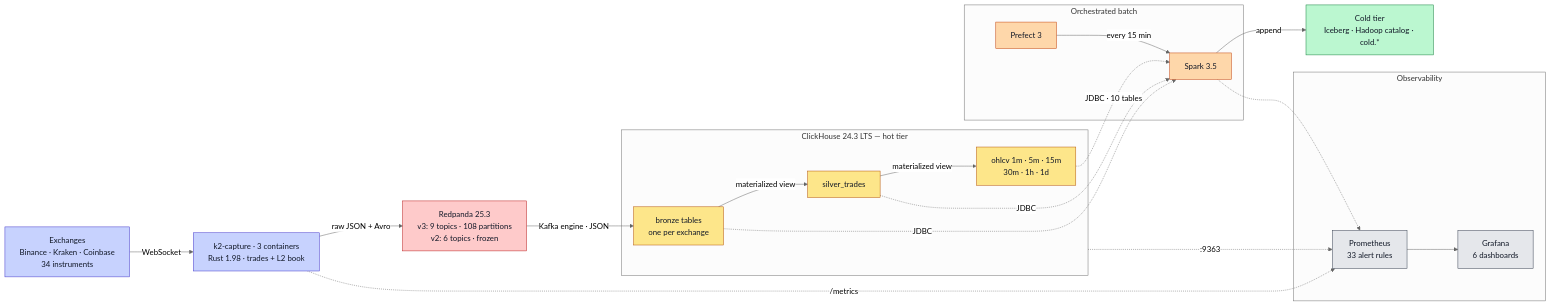
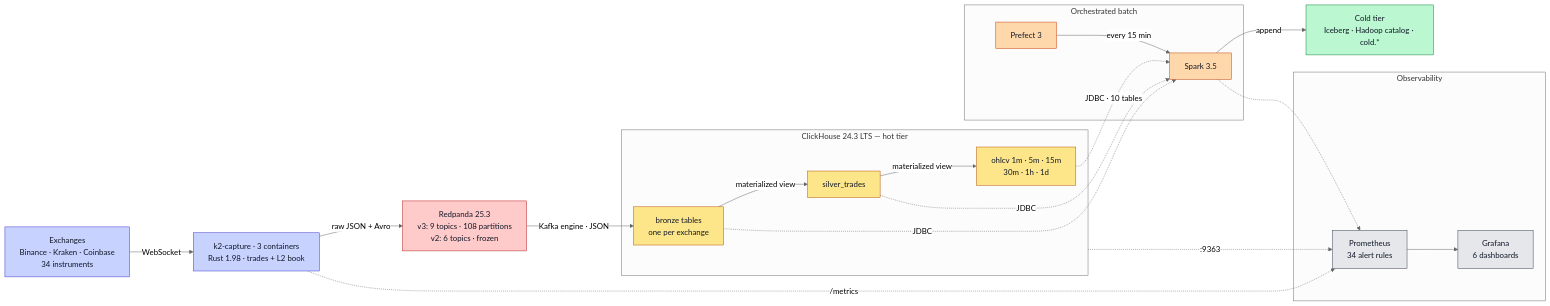
Before and after one commit to rjdscott/k2-market-data-platform: the first of 2 diagrams in README.md, drawn with Mermaid (neutral theme). The commit also changed other lines of this file and 11 other files, not shown here.

````diff
--- a/README.md
+++ b/README.md
@@ -35,42 +35,42 @@
 ```mermaid
 flowchart LR
   E["Exchanges<br/>Binance · Kraken · Coinbase<br/>34 instruments"]:::kt
   F["k2-capture · 3 containers<br/>Rust 1.98 · trades + L2 book"]:::kt
   R["Redpanda 25.3<br/>v3: 9 topics · 108 partitions<br/>v2: 6 topics · frozen"]:::rp
   subgraph CH["ClickHouse 24.3 LTS — hot tier"]
     B["bronze tables<br/>one per exchange"]:::ch
     S["silver_trades"]:::ch
     G["ohlcv 1m · 5m · 15m<br/>30m · 1h · 1d"]:::ch
   end
   subgraph BATCH["Orchestrated batch"]
     P["Prefect 3"]:::sp
     K["Spark 3.5"]:::sp
   end
   I["Cold tier<br/>Iceberg · Hadoop catalog · cold.*"]:::st
   subgraph OBS["Observability"]
-    M["Prometheus<br/>33 alert rules"]:::ob
+    M["Prometheus<br/>34 alert rules"]:::ob
     D["Grafana<br/>6 dashboards"]:::ob
   end
 
   E -->|WebSocket| F
   F -->|"raw JSON + Avro"| R
   R -->|"Kafka engine · JSON"| B
   B -->|materialized view| S
   S -->|materialized view| G
   P -->|every 15 min| K
   B -.->|JDBC| K
   S -.->|JDBC| K
   G -.->|"JDBC · 10 tables"| K
   K -->|append| I
   F -.->|/metrics| M
   CH -.->|:9363| M
   K -.-> M
   M --> D
 
   classDef kt fill:#c7d2fe,stroke:#4338ca,color:#111827
   classDef rp fill:#fecaca,stroke:#b91c1c,color:#111827
   classDef ch fill:#fde68a,stroke:#b45309,color:#111827
   classDef sp fill:#fed7aa,stroke:#c2410c,color:#111827
   classDef st fill:#bbf7d0,stroke:#15803d,color:#111827
   classDef ob fill:#e5e7eb,stroke:#374151,color:#111827
 ```
````
